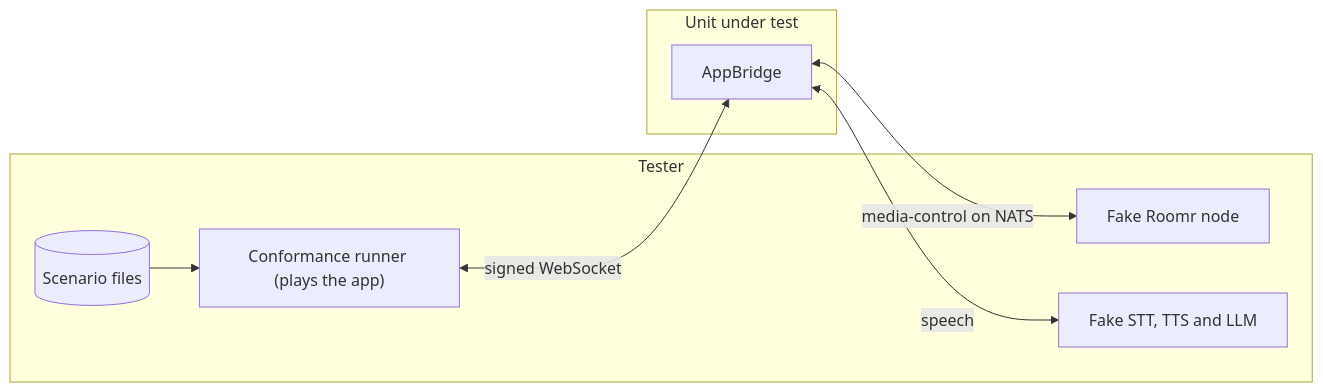
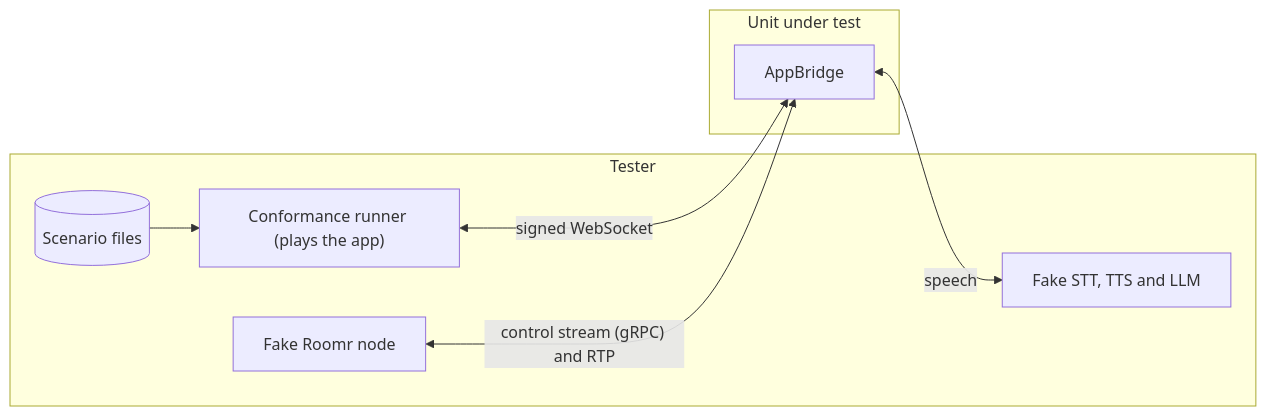
One commit to fonoster/fonoster changed the diagram in mods/conformance/catalog/areas/appbridge.md. Above: the diagram before and after it, drawn with Mermaid. The commit also changed other lines of this file and 350 other files, not shown here.

````diff
--- a/mods/conformance/catalog/areas/appbridge.md
+++ b/mods/conformance/catalog/areas/appbridge.md
@@ -39,16 +42,16 @@
 ```mermaid
 flowchart LR
   subgraph TESTER["Tester"]
     SC[("Scenario files")]
     R["Conformance runner (plays the app)"]
     NODE["Fake Roomr node"]
     PROV["Fake STT, TTS and LLM"]
   end
   subgraph UUT["Unit under test"]
     AB["AppBridge"]
   end
   SC --> R
   R <-->|"signed WebSocket"| AB
-  AB <-->|"media-control on NATS"| NODE
+  NODE <-->|"control stream (gRPC) and RTP"| AB
   AB <-->|"speech"| PROV
 ```
````
